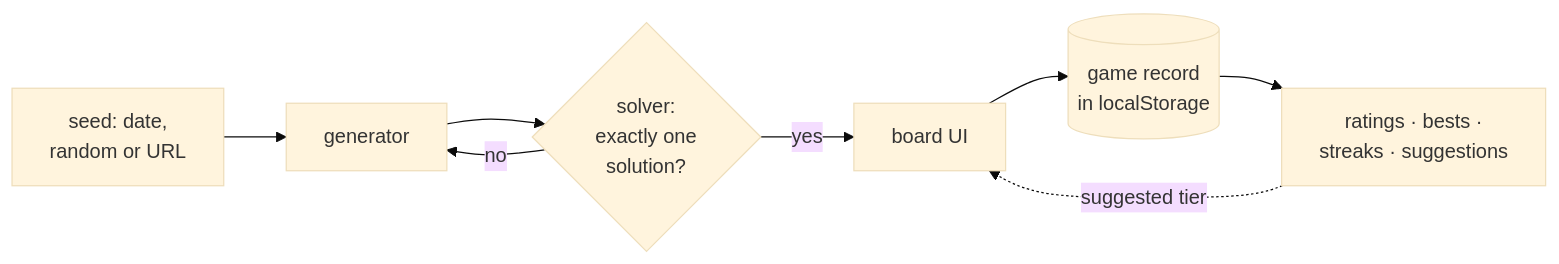
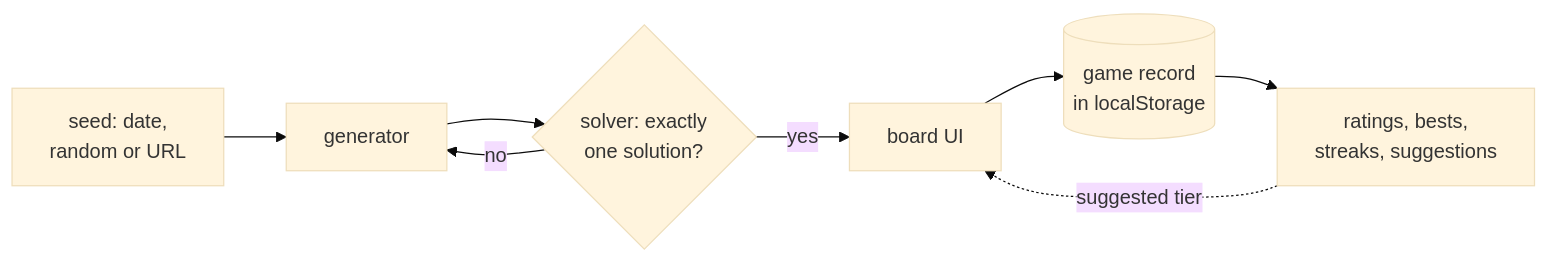
The diagram in README.md (Mavett24/Mind-Bend), drawn with Mermaid (base theme) before and after one commit.

Commit message:
README: quote Mermaid labels
Claude-Session: https://claude.ai/code/session_01LxKfqjaYGafeYp69VJ9Whe

````diff
--- a/README.md
+++ b/README.md
@@ -44,10 +44,10 @@
 ```mermaid
 flowchart LR
-    S[seed: date,<br>random or URL] --> G[generator]
-    G --> V{solver:<br>exactly one<br>solution?}
+    S["seed: date,<br>random or URL"] --> G[generator]
+    G --> V{"solver: exactly<br>one solution?"}
     V -- no --> G
     V -- yes --> B[board UI]
-    B --> R[(game record<br>in localStorage)]
-    R --> D[ratings · bests ·<br>streaks · suggestions]
+    B --> R[("game record<br>in localStorage")]
+    R --> D["ratings, bests,<br>streaks, suggestions"]
     D -. suggested tier .-> B
 ```
````
